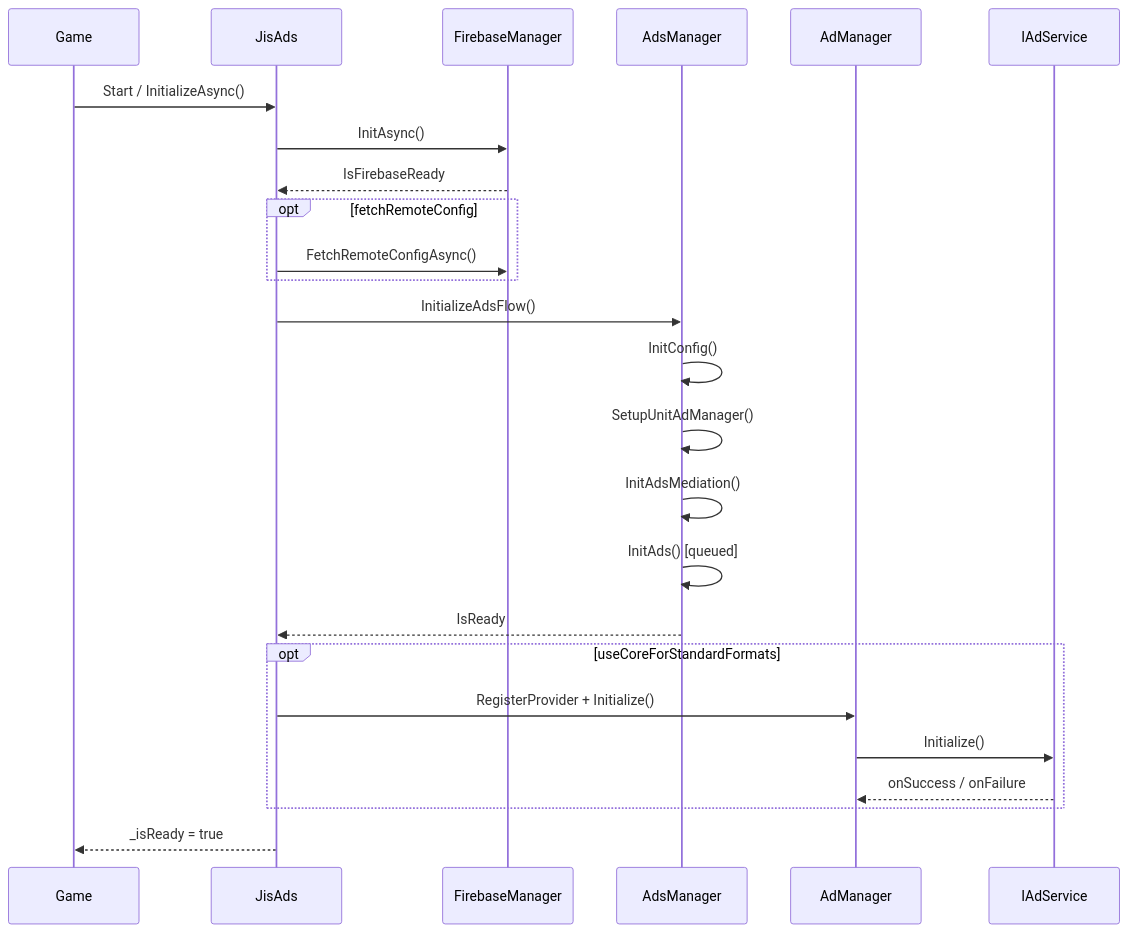
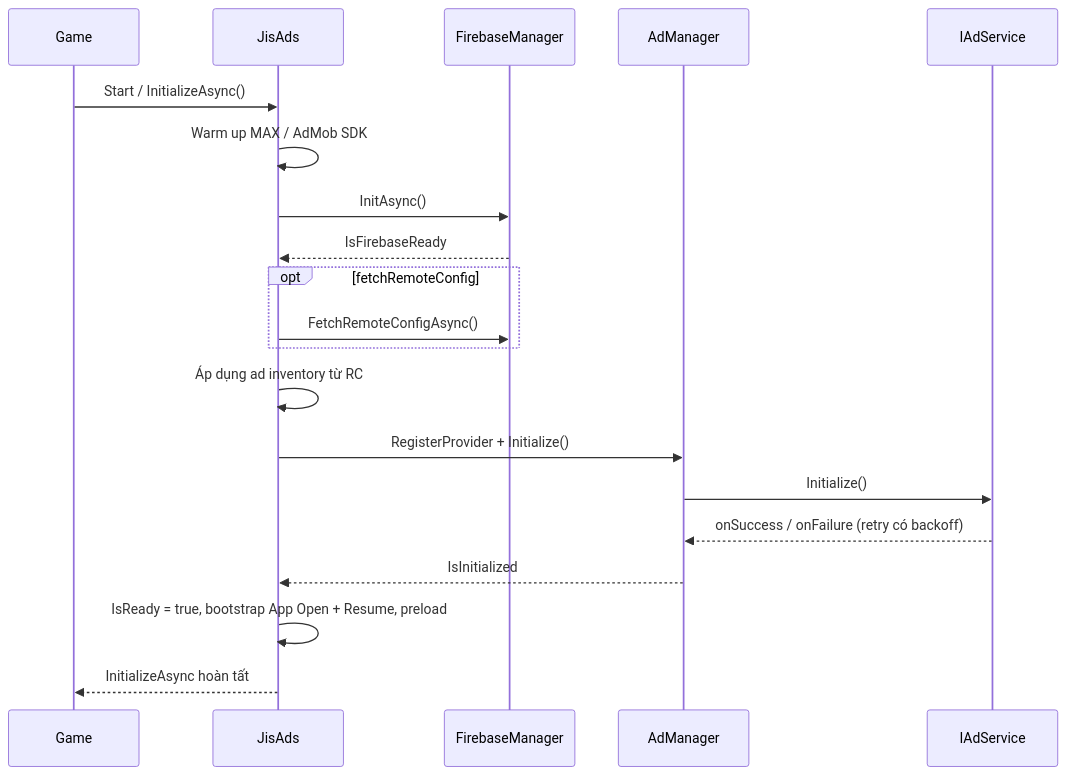
One commit to KunNguyen/SDK-Ads changed the second of 3 diagrams in docs/ADS_DESIGN.md. Above: the diagram before and after it, drawn with Mermaid. The commit also changed other lines of this file and 4 other files, not shown here.

First line of the commit message:
Docs: drop legacy AdsManager text from package and sample descriptions and ADS_DESIGN

````diff
--- a/docs/ADS_DESIGN.md
+++ b/docs/ADS_DESIGN.md
@@ -260,28 +221,23 @@
 ```mermaid
 sequenceDiagram
     participant Game
     participant JisAds
     participant Firebase as FirebaseManager
-    participant Legacy as AdsManager
     participant Core as AdManager
     participant Provider as IAdService
 
     Game->>JisAds: Start / InitializeAsync()
+    JisAds->>JisAds: Warm up MAX / AdMob SDK
     JisAds->>Firebase: InitAsync()
     Firebase-->>JisAds: IsFirebaseReady
     opt fetchRemoteConfig
         JisAds->>Firebase: FetchRemoteConfigAsync()
     end
-    JisAds->>Legacy: InitializeAdsFlow()
-    Legacy->>Legacy: InitConfig()
-    Legacy->>Legacy: SetupUnitAdManager()
-    Legacy->>Legacy: InitAdsMediation()
-    Legacy->>Legacy: InitAds() [queued]
-    Legacy-->>JisAds: IsReady
-    opt useCoreForStandardFormats
-        JisAds->>Core: RegisterProvider + Initialize()
-        Core->>Provider: Initialize()
-        Provider-->>Core: onSuccess / onFailure
-    end
-    JisAds-->>Game: _isReady = true
+    JisAds->>JisAds: Áp dụng ad inventory từ RC
+    JisAds->>Core: RegisterProvider + Initialize()
+    Core->>Provider: Initialize()
+    Provider-->>Core: onSuccess / onFailure (retry có backoff)
+    Core-->>JisAds: IsInitialized
+    JisAds->>JisAds: IsReady = true, bootstrap App Open + Resume, preload
+    JisAds-->>Game: InitializeAsync hoàn tất
 ```
````
